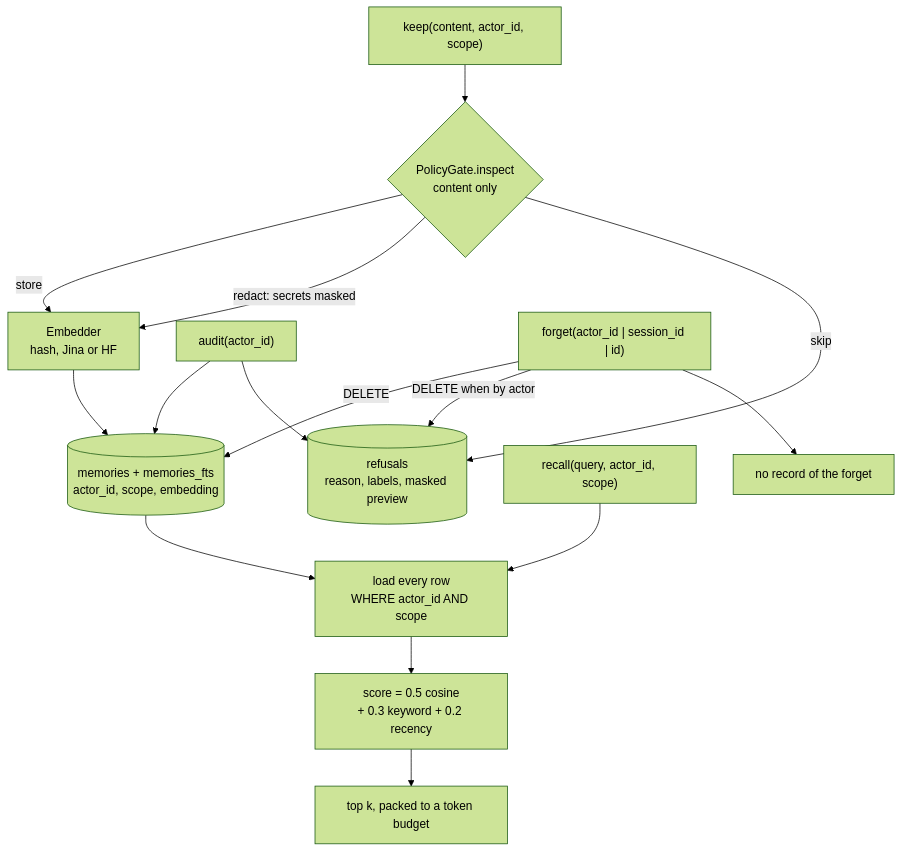
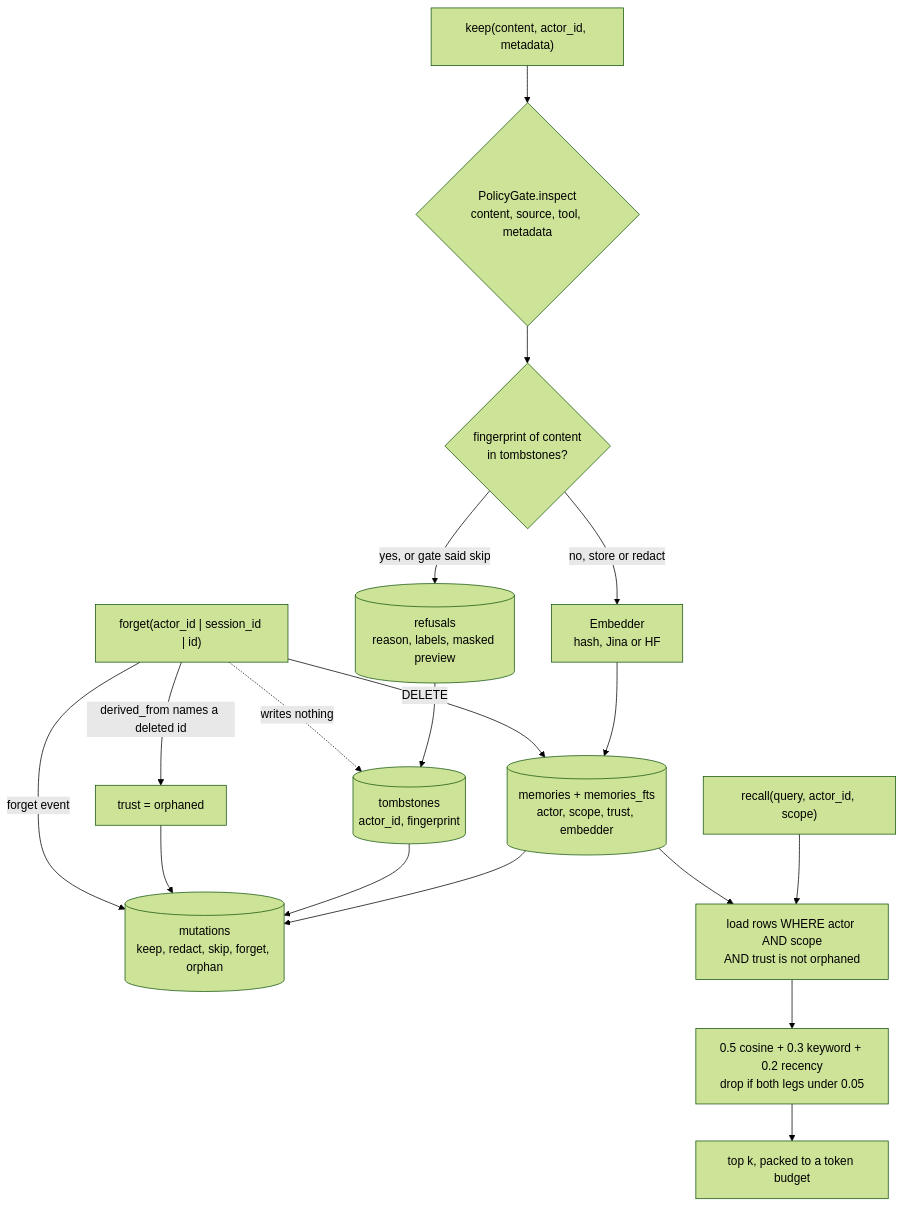
The diagram in content/systems/rakho.md (neoneye/agent-memory-atlas), drawn with Mermaid (forest theme) before and after one commit. The commit also changed other lines of this file and 26 other files, not shown here.

Commit message:
Rakho re-read at 21c4acd: tombstone, trust_state and audit_log added; forget writes no tombstone, a metadata skip blocks the clean note, and unsalted fingerprints survive forget

````diff
--- a/content/systems/rakho.md
+++ b/content/systems/rakho.md
@@ -88,18 +99,21 @@
 ```mermaid
-%% caption: A keep passes one gate. Clean or redacted text is embedded and stored under an actor and scope; refused text leaves only a masked refusal row. Recall scores every row of that actor and scope. Forget by actor deletes memories and refusals alike and records nothing.
+%% caption: A keep passes the gate and then a fingerprint lookup. Clean or redacted text is embedded and stored; refused text leaves a refusal row and a tombstone. Every keep and forget appends a mutation row. Forget deletes memories, orphans rows derived from them, and writes no tombstone.
 flowchart TD
-    K["keep(content, actor_id, scope)"] --> G{"PolicyGate.inspect<br/>content only"}
-    G -->|store| E["Embedder<br/>hash, Jina or HF"]
-    G -->|redact: secrets masked| E
-    G -->|skip| R[("refusals<br/>reason, labels, masked preview")]
-    E --> M[("memories + memories_fts<br/>actor_id, scope, embedding")]
-    Q["recall(query, actor_id, scope)"] --> S["load every row<br/>WHERE actor_id AND scope"]
+    K["keep(content, actor_id, metadata)"] --> G{"PolicyGate.inspect<br/>content, source, tool, metadata"}
+    G --> T{"fingerprint of content<br/>in tombstones?"}
+    T -->|no, store or redact| E["Embedder<br/>hash, Jina or HF"]
+    T -->|yes, or gate said skip| R[("refusals<br/>reason, labels, masked preview")]
+    R --> TS[("tombstones<br/>actor_id, fingerprint")]
+    E --> M[("memories + memories_fts<br/>actor, scope, trust, embedder")]
+    M --> L[("mutations<br/>keep, redact, skip, forget, orphan")]
+    TS --> L
+    Q["recall(query, actor_id, scope)"] --> S["load rows WHERE actor AND scope<br/>AND trust is not orphaned"]
     M --> S
-    S --> SC["score = 0.5 cosine<br/>+ 0.3 keyword + 0.2 recency"]
+    S --> SC["0.5 cosine + 0.3 keyword + 0.2 recency<br/>drop if both legs under 0.05"]
     SC --> P["top k, packed to a token budget"]
-    A["audit(actor_id)"] --> M
-    A --> R
     F["forget(actor_id | session_id | id)"] -->|DELETE| M
-    F -->|DELETE when by actor| R
-    F --> N["no record of the forget"]
+    F -->|"derived_from names a deleted id"| O["trust = orphaned"]
+    O --> L
+    F -->|forget event| L
+    F -.->|writes nothing| TS
 ```
````
